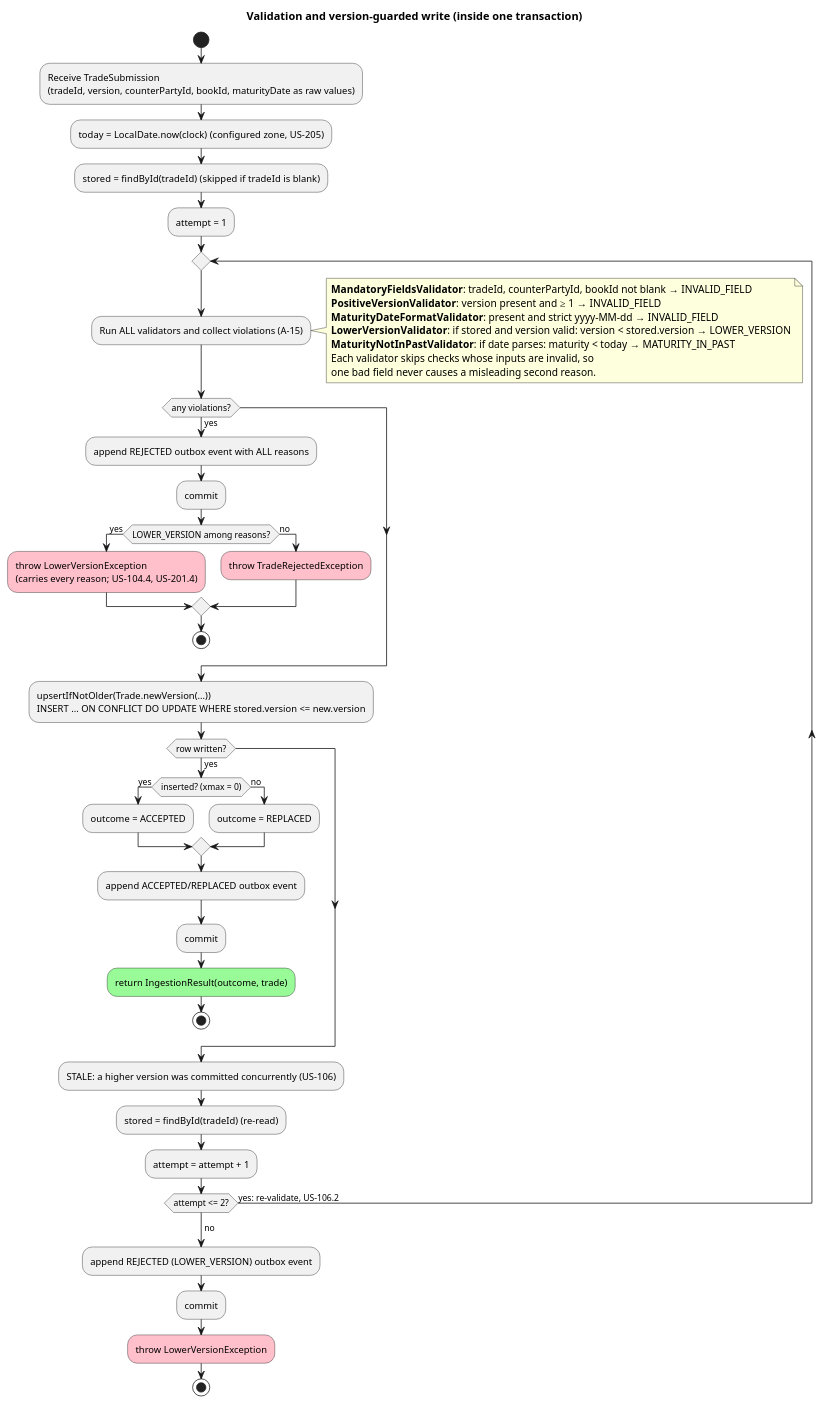
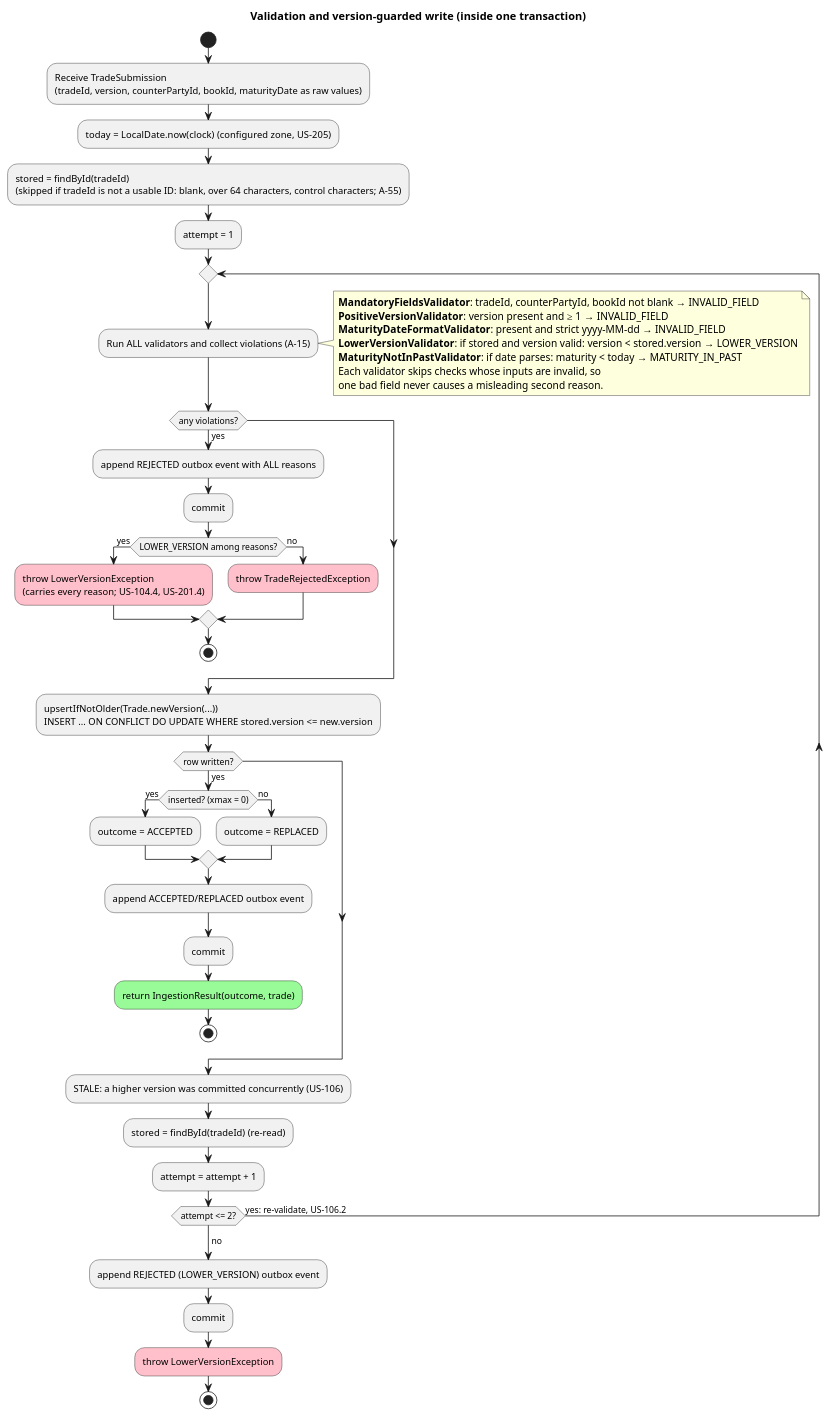
Before and after one commit to kuldipkumar/Trade-store: the diagram in docs/diagrams/05-activity-validation-and-upsert.puml, drawn with PlantUML. The commit also changed 10 other files, not shown here.

Commit message:
docs: A-55 (proposed) unstorable trade IDs; LLD error table; activity diagram; traceability regenerated

```diff
--- a/docs/diagrams/05-activity-validation-and-upsert.puml
+++ b/docs/diagrams/05-activity-validation-and-upsert.puml
@@ -1,60 +1,60 @@
 @startuml 05-activity-validation-and-upsert
 ' Colours via style classes, not <<#colour>>: older PlantUML (1.2024.3, bundled with the VS Code extension) rejects that form.
 <style>
 activityDiagram {
   .fail { BackGroundColor pink }
   .ok { BackGroundColor palegreen }
 }
 </style>
 title Validation and version-guarded write (inside one transaction)
 
 start
 :Receive TradeSubmission\n(tradeId, version, counterPartyId, bookId, maturityDate as raw values);
 :today = LocalDate.now(clock)  (configured zone, US-205);
-:stored = findById(tradeId)  (skipped if tradeId is blank);
+:stored = findById(tradeId)\n(skipped if tradeId is not a usable ID: blank, over 64 characters, control characters; A-55);
 :attempt = 1;
 
 repeat
   :Run ALL validators and collect violations (A-15);
   note right
     **MandatoryFieldsValidator**: tradeId, counterPartyId, bookId not blank → INVALID_FIELD
     **PositiveVersionValidator**: version present and ≥ 1 → INVALID_FIELD
     **MaturityDateFormatValidator**: present and strict yyyy-MM-dd → INVALID_FIELD
     **LowerVersionValidator**: if stored and version valid: version < stored.version → LOWER_VERSION
     **MaturityNotInPastValidator**: if date parses: maturity < today → MATURITY_IN_PAST
     Each validator skips checks whose inputs are invalid, so
     one bad field never causes a misleading second reason.
   end note
   if (any violations?) then (yes)
     :append REJECTED outbox event with ALL reasons;
     :commit;
     if (LOWER_VERSION among reasons?) then (yes)
       :throw LowerVersionException\n(carries every reason; US-104.4, US-201.4); <<fail>>
     else (no)
       :throw TradeRejectedException; <<fail>>
     endif
     stop
   endif
   :upsertIfNotOlder(Trade.newVersion(...))\nINSERT ... ON CONFLICT DO UPDATE WHERE stored.version <= new.version;
   if (row written?) then (yes)
     if (inserted? (xmax = 0)) then (yes)
       :outcome = ACCEPTED;
     else (no)
       :outcome = REPLACED;
     endif
     :append ACCEPTED/REPLACED outbox event;
     :commit;
     :return IngestionResult(outcome, trade); <<ok>>
     stop
   endif
   :STALE: a higher version was committed concurrently (US-106);
   :stored = findById(tradeId) (re-read);
   :attempt = attempt + 1;
 repeat while (attempt <= 2?) is (yes: re-validate, US-106.2)
 -> no;
 :append REJECTED (LOWER_VERSION) outbox event;
 :commit;
 :throw LowerVersionException; <<fail>>
 stop
 
 @enduml
```
